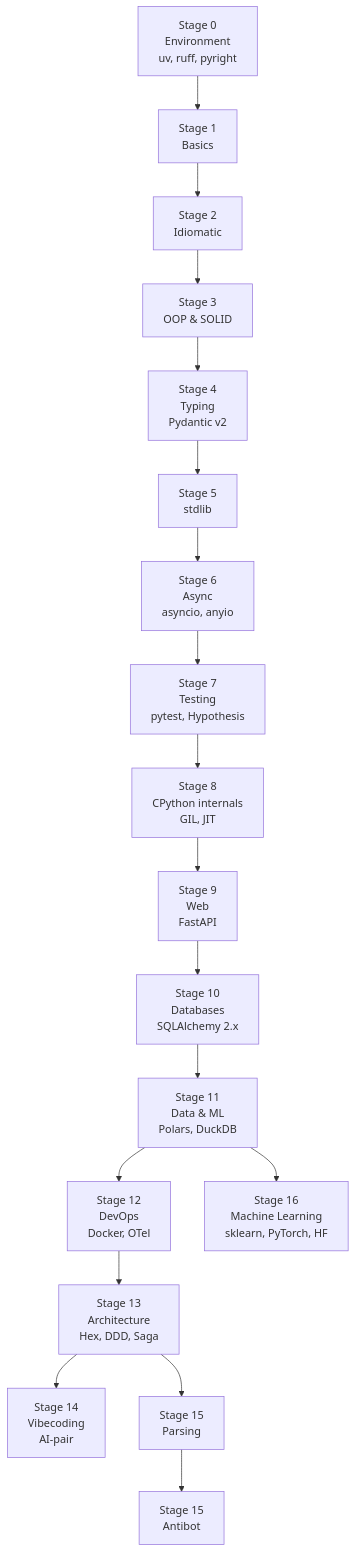
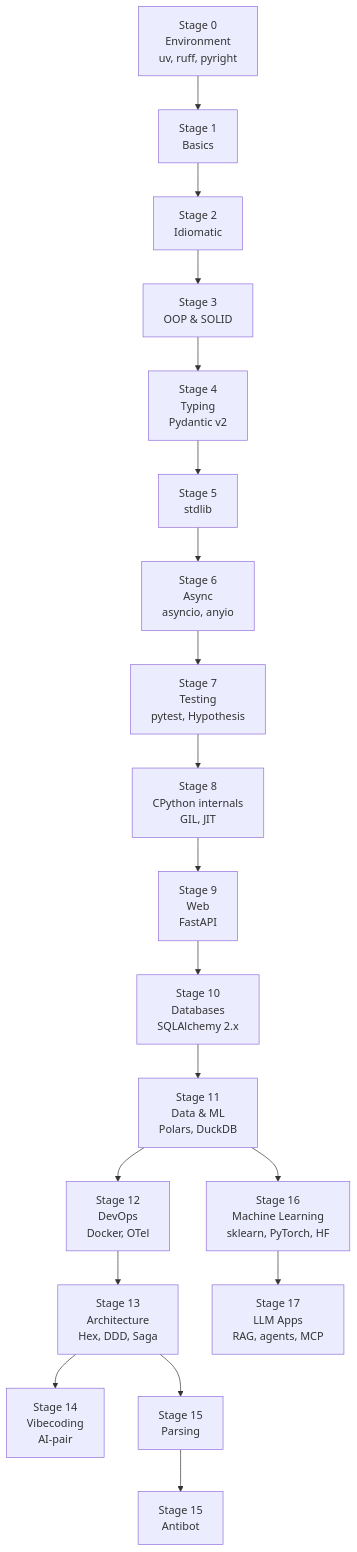
The diagram in course/MAP.md (justxor/pythonroamap2026), drawn with Mermaid before and after one commit. The commit also changed other lines of this file, not shown here.

Commit message:
docs(course): add stage-17 node to MAP and extend Data&ML track

````diff
--- a/course/MAP.md
+++ b/course/MAP.md
@@ -7,39 +7,41 @@
 ```mermaid
 flowchart TD
     S0["Stage 0<br/>Environment<br/>uv, ruff, pyright"] --> S1["Stage 1<br/>Basics"]
     S1 --> S2["Stage 2<br/>Idiomatic"]
     S2 --> S3["Stage 3<br/>OOP & SOLID"]
     S3 --> S4["Stage 4<br/>Typing<br/>Pydantic v2"]
     S4 --> S5["Stage 5<br/>stdlib"]
     S5 --> S6["Stage 6<br/>Async<br/>asyncio, anyio"]
     S6 --> S7["Stage 7<br/>Testing<br/>pytest, Hypothesis"]
     S7 --> S8["Stage 8<br/>CPython internals<br/>GIL, JIT"]
     S8 --> S9["Stage 9<br/>Web<br/>FastAPI"]
     S9 --> S10["Stage 10<br/>Databases<br/>SQLAlchemy 2.x"]
     S10 --> S11["Stage 11<br/>Data & ML<br/>Polars, DuckDB"]
     S11 --> S12["Stage 12<br/>DevOps<br/>Docker, OTel"]
     S12 --> S13["Stage 13<br/>Architecture<br/>Hex, DDD, Saga"]
     S13 --> S14["Stage 14<br/>Vibecoding<br/>AI-pair"]
     S13 --> S15P["Stage 15<br/>Parsing"]
     S15P --> S15A["Stage 15<br/>Antibot"]
     S11 --> S16["Stage 16<br/>Machine Learning<br/>sklearn, PyTorch, HF"]
+    S16 --> S17["Stage 17<br/>LLM Apps<br/>RAG, agents, MCP"]
 
     click S0 "./stage-00-environment.md"
     click S1 "./stage-01-basics.md"
     click S2 "./stage-02-idiomatic.md"
     click S3 "./stage-03-oop.md"
     click S4 "./stage-04-typing.md"
     click S5 "./stage-05-stdlib.md"
     click S6 "./stage-06-async.md"
     click S7 "./stage-07-testing.md"
     click S8 "./stage-08-cpython.md"
     click S9 "./stage-09-web.md"
     click S10 "./stage-10-databases.md"
     click S11 "./stage-11-data-ml.md"
     click S12 "./stage-12-devops.md"
     click S13 "./stage-13-architecture.md"
     click S14 "./stage-14-vibecoding.md"
     click S15P "./stage-15-parsing.md"
     click S15A "./stage-15-antibot.md"
     click S16 "./stage-16-ml.md"
+    click S17 "./stage-17-llm-apps.md"
 ```
````
